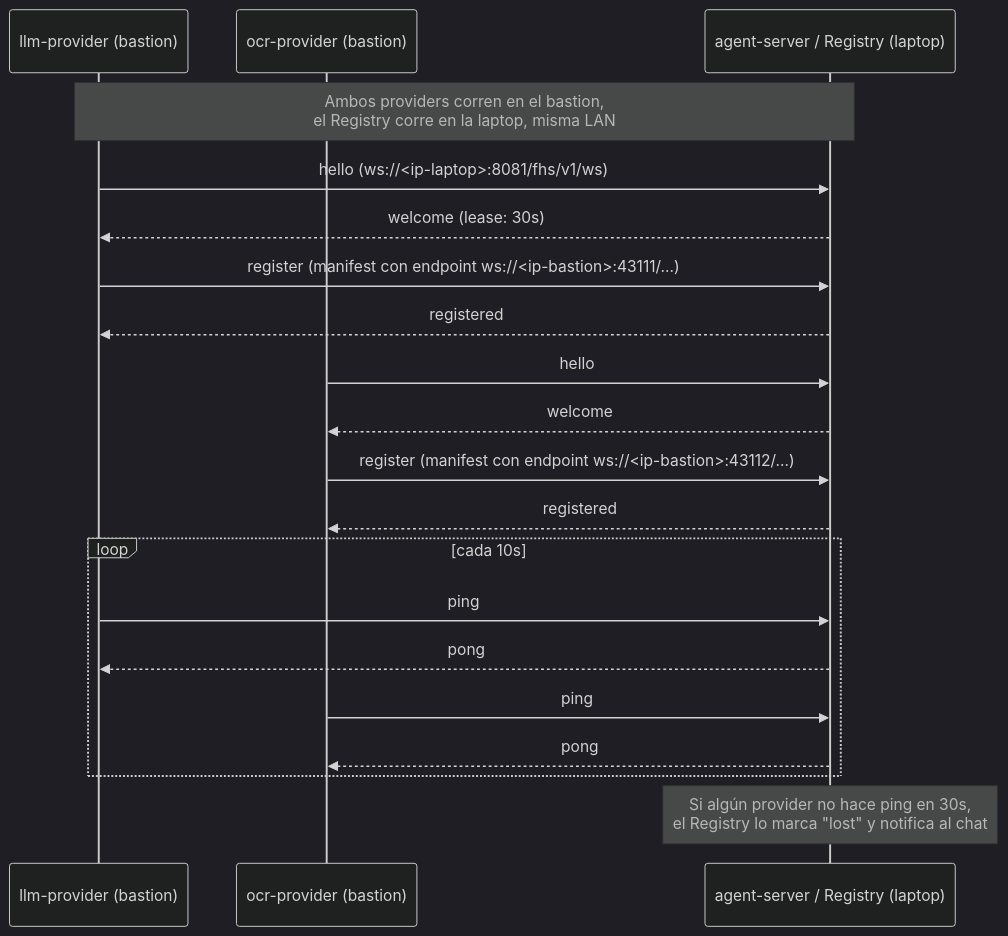
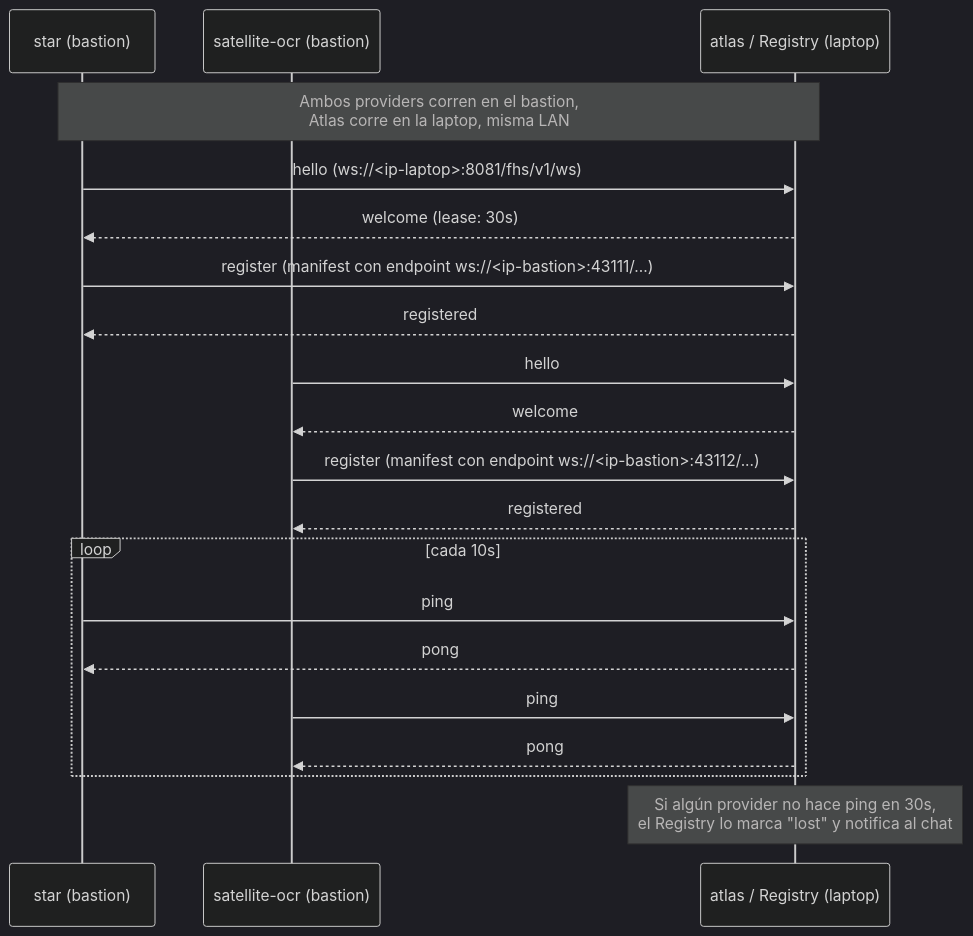
Before and after one commit to rafex/galaxIA: the second of 2 diagrams in docs/despliegue-multi-host.md, drawn with Mermaid (dark theme). The commit also changed other lines of this file and 126 other files, not shown here.

````diff
--- a/docs/despliegue-multi-host.md
+++ b/docs/despliegue-multi-host.md
@@ -65,27 +69,27 @@
 ```mermaid
 sequenceDiagram
-    participant LP as llm-provider (bastion)
-    participant OP as ocr-provider (bastion)
-    participant REG as agent-server / Registry (laptop)
+    participant LP as star (bastion)
+    participant OP as satellite-ocr (bastion)
+    participant REG as atlas / Registry (laptop)
 
-    Note over LP,REG: Ambos providers corren en el bastion,<br/>el Registry corre en la laptop, misma LAN
+    Note over LP,REG: Ambos providers corren en el bastion,<br/>Atlas corre en la laptop, misma LAN
 
     LP->>REG: hello (ws://<ip-laptop>:8081/fhs/v1/ws)
     REG-->>LP: welcome (lease: 30s)
     LP->>REG: register (manifest con endpoint ws://<ip-bastion>:43111/...)
     REG-->>LP: registered
 
     OP->>REG: hello
     REG-->>OP: welcome
     OP->>REG: register (manifest con endpoint ws://<ip-bastion>:43112/...)
     REG-->>OP: registered
 
     loop cada 10s
         LP->>REG: ping
         REG-->>LP: pong
         OP->>REG: ping
         REG-->>OP: pong
     end
 
     Note over REG: Si algún provider no hace ping en 30s,<br/>el Registry lo marca "lost" y notifica al chat
 ```
````
